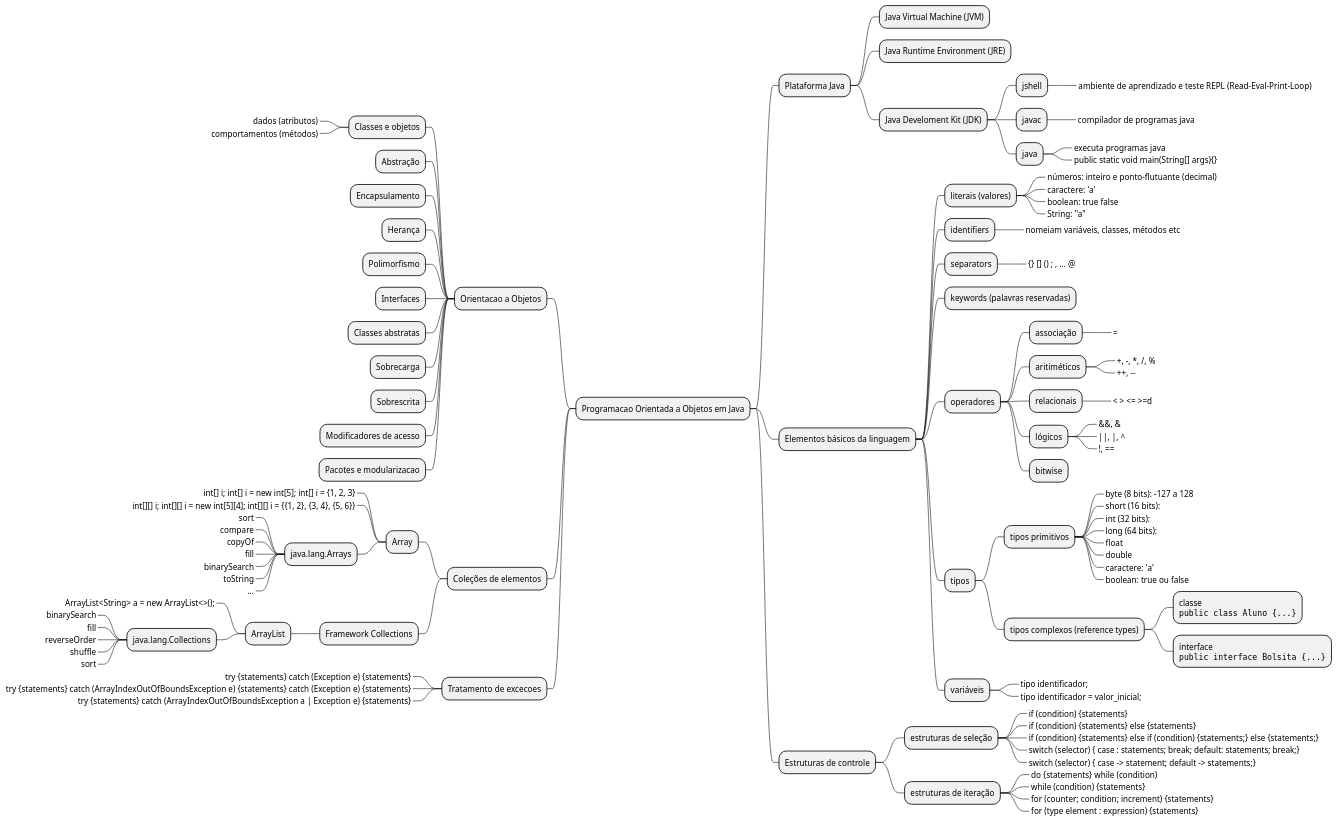
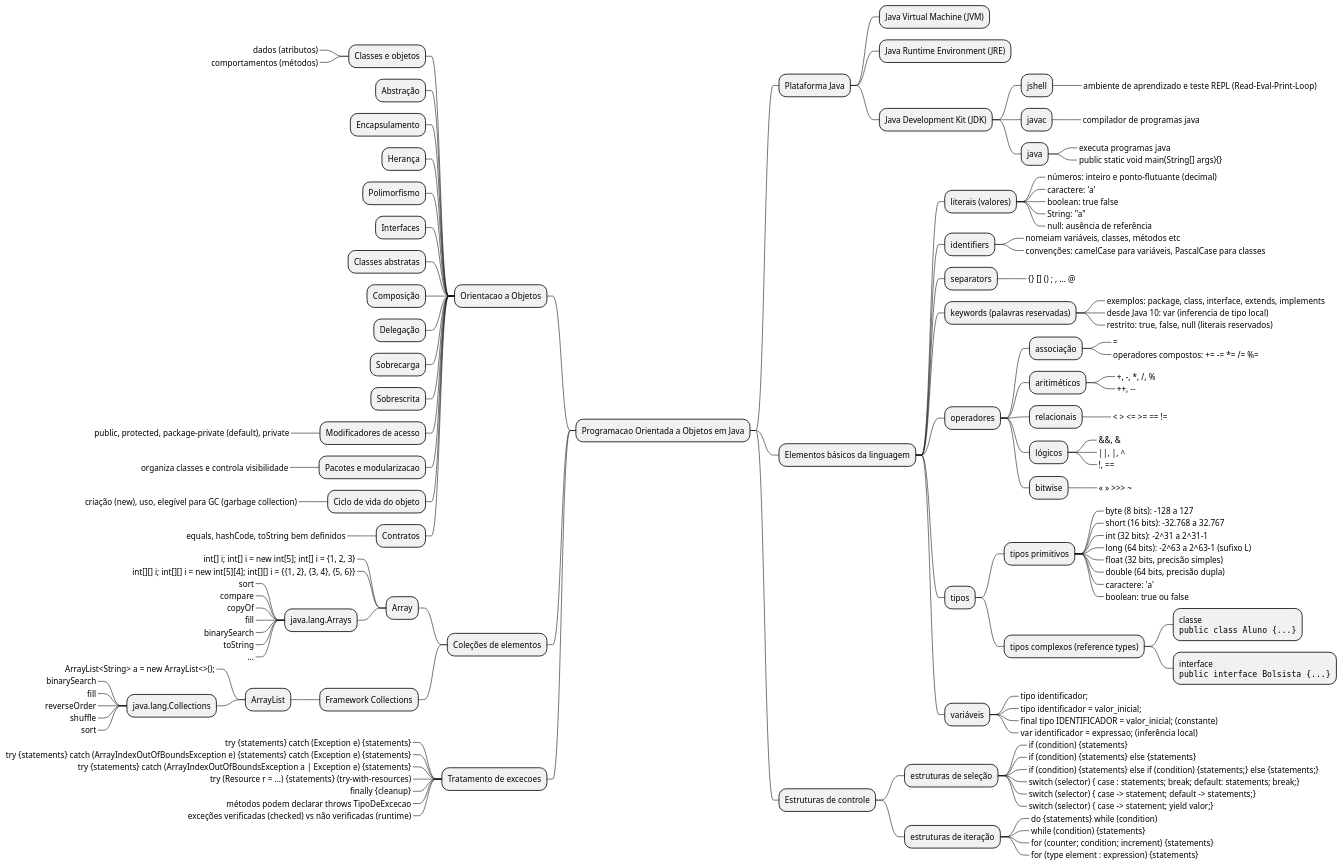
One commit to caioamorim7/poo changed the diagram in lectures/mapa-mental.puml. Above: the diagram before and after it, drawn with PlantUML.

Commit message:
melhoria

```diff
--- a/lectures/mapa-mental.puml
+++ b/lectures/mapa-mental.puml
@@ -1,111 +1,133 @@
 @startmindmap
 * Programacao Orientada a Objetos em Java
 ** Plataforma Java
 *** Java Virtual Machine (JVM)
 *** Java Runtime Environment (JRE)
-*** Java Develoment Kit (JDK)
+*** Java Development Kit (JDK)
 **** jshell
 *****_ ambiente de aprendizado e teste REPL (Read-Eval-Print-Loop)
 **** javac
 *****_ compilador de programas java
 **** java
 *****_ executa programas java
 *****_ public static void main(String[] args){}
 ** Elementos básicos da linguagem
 *** literais (valores)
 ****_ números: inteiro e ponto-flutuante (decimal)
 ****_ caractere: 'a'
 ****_ boolean: true false
 ****_ String: "a"
+****_ null: ausência de referência
 *** identifiers
 ****_ nomeiam variáveis, classes, métodos etc
+****_ convenções: camelCase para variáveis, PascalCase para classes
 *** separators
 ****_ {} [] () ; , ... @
 *** keywords (palavras reservadas)
+****_ exemplos: package, class, interface, extends, implements
+****_ desde Java 10: var (inferencia de tipo local)
+****_ restrito: true, false, null (literais reservados)
 *** operadores
 **** associação
 *****_ =
+*****_ operadores compostos: += -= *= /= %=
 **** aritiméticos
 *****_ +, -, *, /, %
 *****_ ++, --
 **** relacionais
-*****_ < > <= >=d
+*****_ < > <= >= == !=
 **** lógicos
 *****_ &&, &
 *****_ ||, |, ^
 *****_ !, ==
 **** bitwise
+*****_ << >> >>> ~
 *** tipos
 **** tipos primitivos
-*****_ byte (8 bits): -127 a 128
-*****_ short (16 bits): 
-*****_ int (32 bits):
-*****_ long (64 bits):
-*****_ float
-*****_ double
+*****_ byte (8 bits): -128 a 127
+*****_ short (16 bits): -32.768 a 32.767
+*****_ int (32 bits): -2^31 a 2^31-1
+*****_ long (64 bits): -2^63 a 2^63-1 (sufixo L)
+*****_ float (32 bits, precisão simples)
+*****_ double (64 bits, precisão dupla)
 *****_ caractere: 'a'
 *****_ boolean: true ou false
 **** tipos complexos (reference types)
 *****:classe
 <code>
 public class Aluno {...}
 </code>;
 *****:interface
 <code>
-public interface Bolsita {...}
+public interface Bolsista {...}
 </code>;
 *** variáveis
 ****_ tipo identificador;
 ****_ tipo identificador = valor_inicial;
+****_ final tipo IDENTIFICADOR = valor_inicial; (constante)
+****_ var identificador = expressao; (inferência local)
 ** Estruturas de controle
 *** estruturas de seleção
 ****_ if (condition) {statements}
 ****_ if (condition) {statements} else {statements}
 ****_ if (condition) {statements} else if (condition) {statements;} else {statements;}
 ****_ switch (selector) { case : statements; break; default: statements; break;}
 ****_ switch (selector) { case -> statement; default -> statements;}
+****_ switch (selector) { case -> statement; yield valor;}
 *** estruturas de iteração
 ****_ do {statements} while (condition)
 ****_ while (condition) {statements}
 ****_ for (counter; condition; increment) {statements}
 ****_ for (type element : expression) {statements}
 -- Orientacao a Objetos
 --- Classes e objetos
 ----_ dados (atributos)
 ----_ comportamentos (métodos)
 --- Abstração
 --- Encapsulamento
 --- Herança
 --- Polimorfismo
 --- Interfaces
 --- Classes abstratas
+--- Composição
+--- Delegação
 --- Sobrecarga
 --- Sobrescrita
 --- Modificadores de acesso
+----_ public, protected, package-private (default), private
 --- Pacotes e modularizacao
+----_ organiza classes e controla visibilidade
+--- Ciclo de vida do objeto
+----_ criação (new), uso, elegível para GC (garbage collection)
+--- Contratos
+----_ equals, hashCode, toString bem definidos
 -- Coleções de elementos
 --- Array
 ----_ int[] i; int[] i = new int[5]; int[] i = {1, 2, 3}
 ----_ int[][] i; int[][] i = new int[5][4]; int[][] i = {{1, 2}, {3, 4}, {5, 6}}
 ---- java.lang.Arrays
 -----_ sort
 -----_ compare
 -----_ copyOf
 -----_ fill
 -----_ binarySearch
 -----_ toString
 -----_ ...
 --- Framework Collections
 ---- ArrayList
 -----_ ArrayList<String> a = new ArrayList<>();
 ----- java.lang.Collections
 ------_ binarySearch
 ------_ fill
 ------_ reverseOrder
 ------_ shuffle
 ------_ sort
 -- Tratamento de excecoes
 ---_ try {statements} catch (Exception e) {statements}
 ---_ try {statements} catch (ArrayIndexOutOfBoundsException e) {statements} catch (Exception e) {statements}
 ---_ try {statements} catch (ArrayIndexOutOfBoundsException a | Exception e) {statements}
+---_ try (Resource r = ...) {statements} (try-with-resources)
+---_ finally {cleanup}
+---_ métodos podem declarar throws TipoDeExcecao
+---_ exceções verificadas (checked) vs não verificadas (runtime)
 @endmindmap
```
